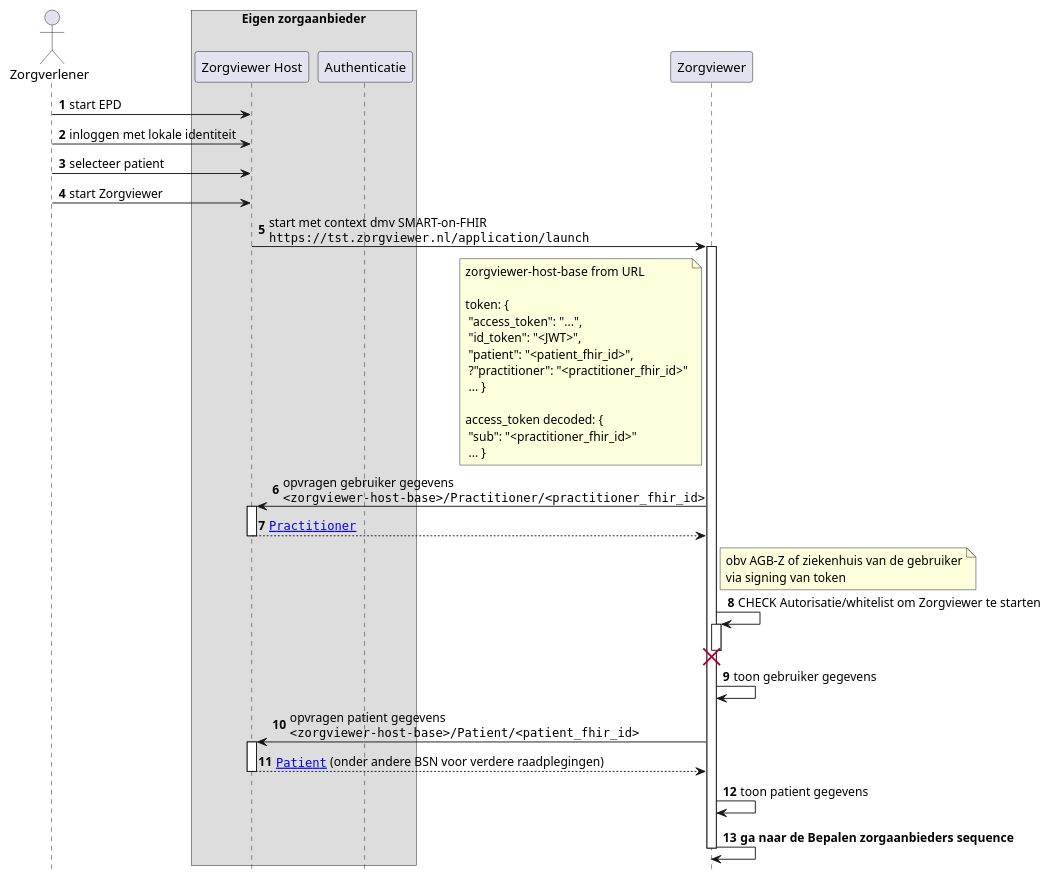
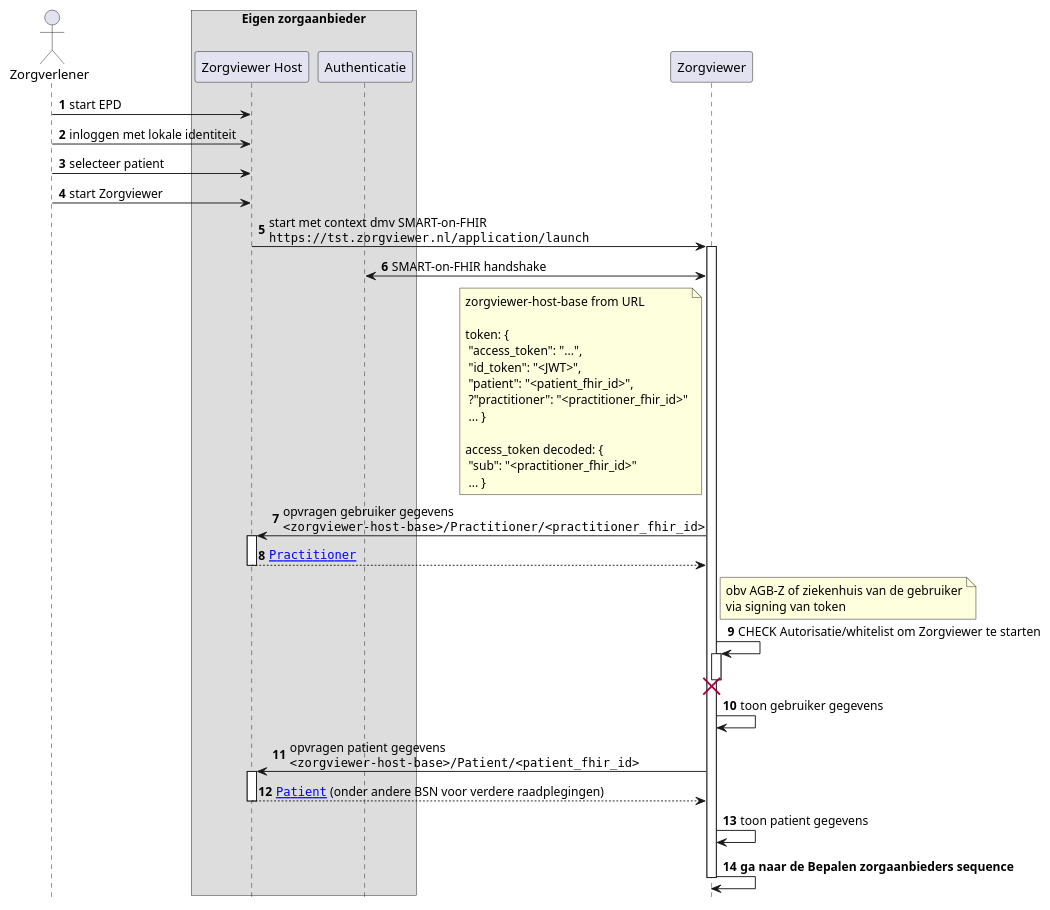
One commit to RIVO-Noord/zorgviewer-ig changed the diagram in input/images-source/Zorgviewer-seq-1-fhir.plantuml. Above: the diagram before and after it, drawn with PlantUML. The commit also changed 4 other files, not shown here.

Commit message:
Security Design sequence en kleine updates

```diff
--- a/input/images-source/Zorgviewer-seq-1-fhir.plantuml
+++ b/input/images-source/Zorgviewer-seq-1-fhir.plantuml
@@ -1,57 +1,57 @@
 @startuml
 hide footbox
 autonumber
 
 actor Zorgverlener
 box "Eigen zorgaanbieder"
 participant "Zorgviewer Host" as Host
 participant Authenticatie
 end box
 participant Zorgviewer
 
 Zorgverlener->Host: start EPD
 Zorgverlener->Host: inloggen met lokale identiteit
 Zorgverlener->Host: selecteer patient
 Zorgverlener->Host: start Zorgviewer
 Host->Zorgviewer: start met context dmv SMART-on-FHIR \n""https://tst.zorgviewer.nl/application/launch""
+activate Zorgviewer
+Zorgviewer<->Authenticatie: SMART-on-FHIR handshake
 note left Zorgviewer
  zorgviewer-host-base from URL
  
  token: {
   "access_token": "...",
   "id_token": "<JWT>",
   "patient": "<patient_fhir_id>",
   ?"practitioner": "<practitioner_fhir_id>"
   ... }
 
  access_token decoded: {
   "sub": "<practitioner_fhir_id>"
   ... }
 end note
-
-activate Zorgviewer
 Zorgviewer->Host: opvragen gebruiker gegevens\n""<zorgviewer-host-base>/Practitioner/<practitioner_fhir_id>""
 activate Host
 Host-->Zorgviewer: ""[[StructureDefinition-Practitioner.html Practitioner]]""
 deactivate Host
 
 note right Zorgviewer
     obv AGB-Z of ziekenhuis van de gebruiker
     via signing van token
 end note
 Zorgviewer->Zorgviewer++: CHECK Autorisatie/whitelist om Zorgviewer te starten
 destroy Zorgviewer
 
 Zorgviewer->Zorgviewer: toon gebruiker gegevens
 
 Zorgviewer->Host: opvragen patient gegevens\n""<zorgviewer-host-base>/Patient/<patient_fhir_id>""
 activate Host
 Host-->Zorgviewer: ""[[StructureDefinition-Patient.html Patient]]"" (onder andere BSN voor verdere raadplegingen)
 deactivate Host
 Zorgviewer->Zorgviewer: toon patient gegevens
 
 Zorgviewer->Zorgviewer: **ga naar de Bepalen zorgaanbieders sequence**
 
 deactivate Zorgviewer
 
 @enduml
```
